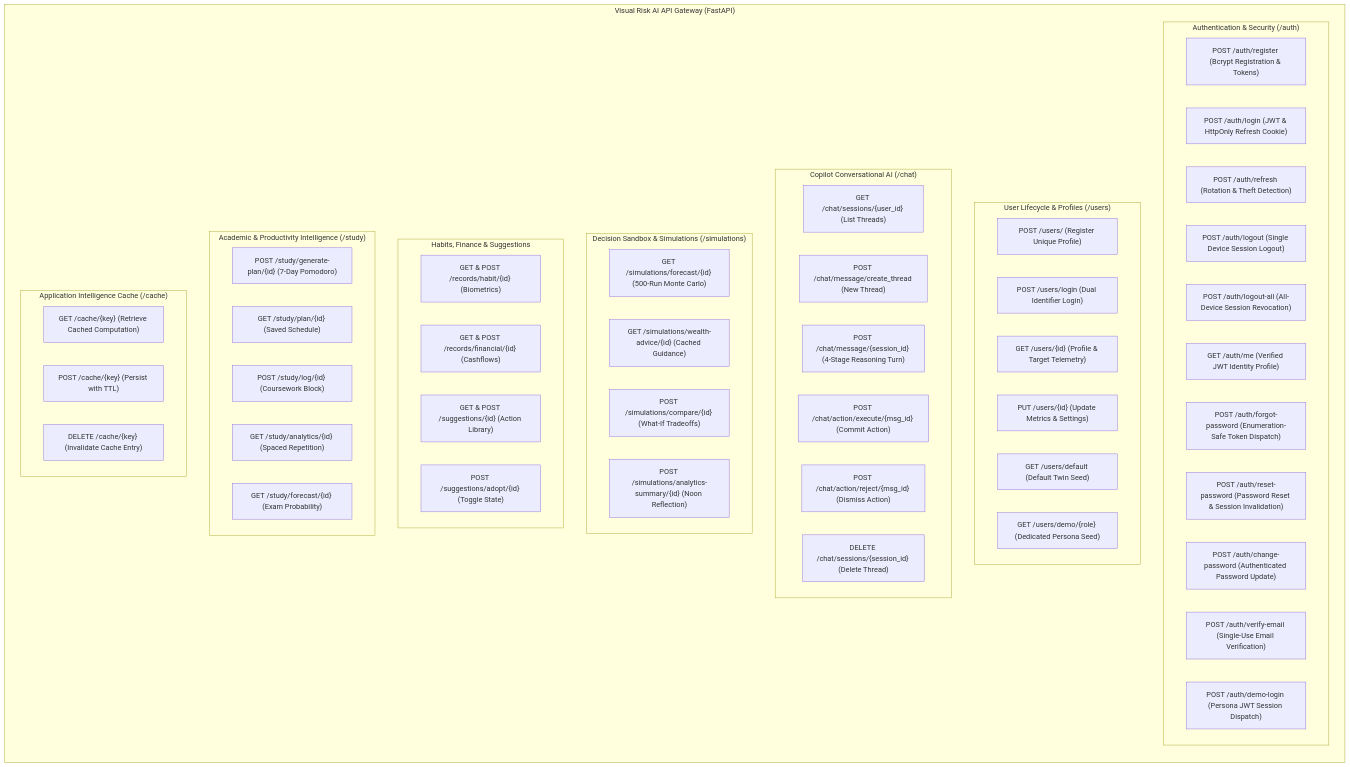
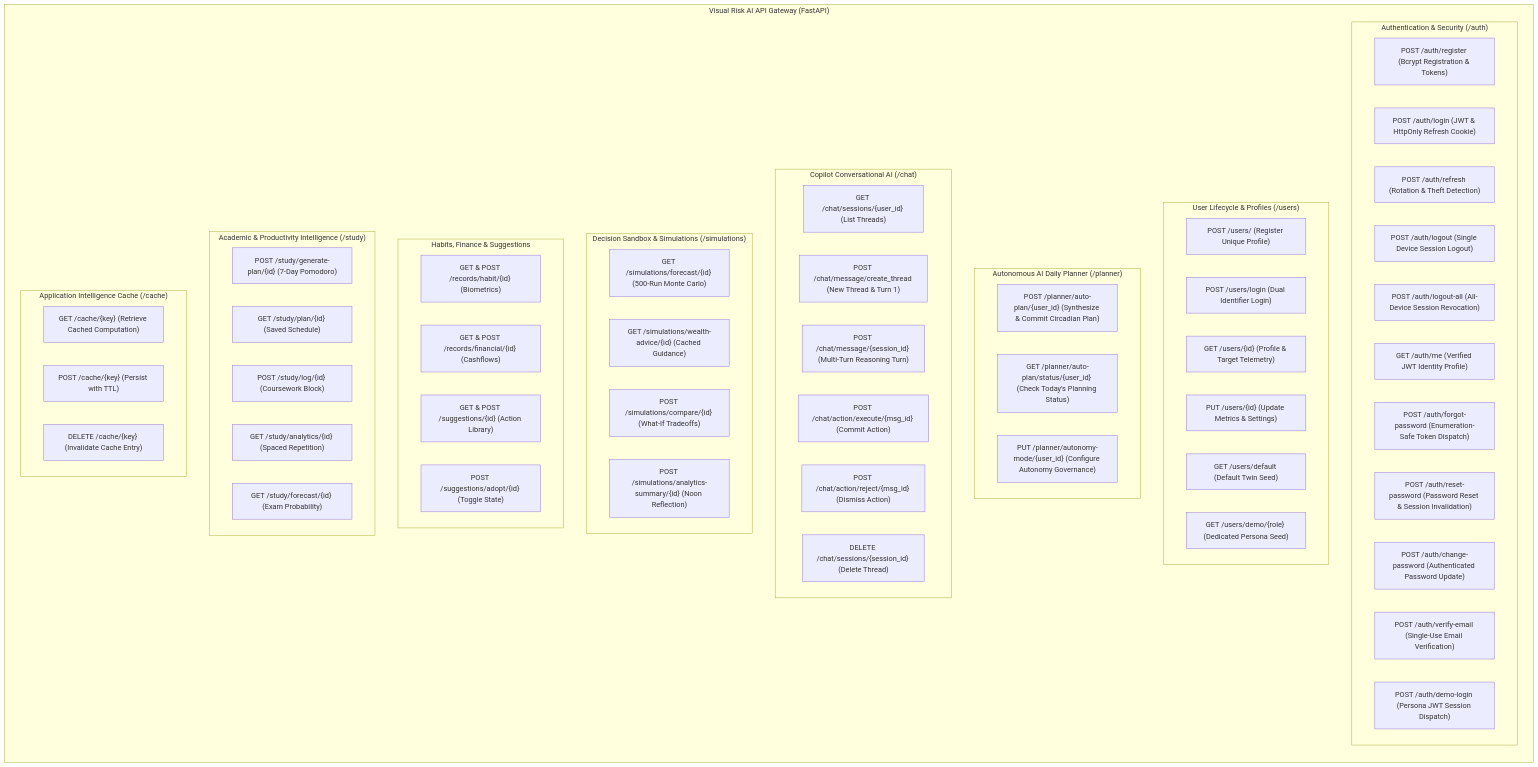
One commit to notysozu/AI-Based-Visual-Risk-and-Compliance-Intelligence-System changed the diagram in docs/api_reference.md. Above: the diagram before and after it, drawn with Mermaid. The commit also changed other lines of this file and 6 other files, not shown here.

Commit message:
docs: update system architecture, core capabilities, API reference, and workflows with autonomous planner, table parser, and mermaid diagrams

````diff
--- a/docs/api_reference.md
+++ b/docs/api_reference.md
@@ -9,66 +9,72 @@
 ```mermaid
 flowchart TB
   subgraph Gateway["Visual Risk AI API Gateway (FastAPI)"]
     direction TB
     
     subgraph AuthSecSvc["Authentication & Security (/auth)"]
       A1["POST /auth/register (Bcrypt Registration & Tokens)"]
       A2["POST /auth/login (JWT & HttpOnly Refresh Cookie)"]
       A3["POST /auth/refresh (Rotation & Theft Detection)"]
       A4["POST /auth/logout (Single Device Session Logout)"]
       A5["POST /auth/logout-all (All-Device Session Revocation)"]
       A6["GET /auth/me (Verified JWT Identity Profile)"]
       A7["POST /auth/forgot-password (Enumeration-Safe Token Dispatch)"]
       A8["POST /auth/reset-password (Password Reset & Session Invalidation)"]
       A9["POST /auth/change-password (Authenticated Password Update)"]
       A10["POST /auth/verify-email (Single-Use Email Verification)"]
       A11["POST /auth/demo-login (Persona JWT Session Dispatch)"]
     end
 
     subgraph UserSvc["User Lifecycle & Profiles (/users)"]
       U1["POST /users/ (Register Unique Profile)"]
       U2["POST /users/login (Dual Identifier Login)"]
       U3["GET /users/{id} (Profile & Target Telemetry)"]
       U4["PUT /users/{id} (Update Metrics & Settings)"]
       U5["GET /users/default (Default Twin Seed)"]
       U6["GET /users/demo/{role} (Dedicated Persona Seed)"]
     end
 
+    subgraph PlannerSvc["Autonomous AI Daily Planner (/planner)"]
+      PL1["POST /planner/auto-plan/{user_id} (Synthesize & Commit Circadian Plan)"]
+      PL2["GET /planner/auto-plan/status/{user_id} (Check Today's Planning Status)"]
+      PL3["PUT /planner/autonomy-mode/{user_id} (Configure Autonomy Governance)"]
+    end
+
     subgraph ChatSvc["Copilot Conversational AI (/chat)"]
       C1["GET /chat/sessions/{user_id} (List Threads)"]
-      C2["POST /chat/message/create_thread (New Thread)"]
-      C3["POST /chat/message/{session_id} (4-Stage Reasoning Turn)"]
+      C2["POST /chat/message/create_thread (New Thread & Turn 1)"]
+      C3["POST /chat/message/{session_id} (Multi-Turn Reasoning Turn)"]
       C4["POST /chat/action/execute/{msg_id} (Commit Action)"]
       C5["POST /chat/action/reject/{msg_id} (Dismiss Action)"]
       C6["DELETE /chat/sessions/{session_id} (Delete Thread)"]
     end
 
     subgraph SimSvc["Decision Sandbox & Simulations (/simulations)"]
       M1["GET /simulations/forecast/{id} (500-Run Monte Carlo)"]
       M2["GET /simulations/wealth-advice/{id} (Cached Guidance)"]
       M3["POST /simulations/compare/{id} (What-If Tradeoffs)"]
       M4["POST /simulations/analytics-summary/{id} (Noon Reflection)"]
     end
 
     subgraph HabitSvc["Habits, Finance & Suggestions"]
       H1["GET & POST /records/habit/{id} (Biometrics)"]
       H2["GET & POST /records/financial/{id} (Cashflows)"]
       H3["GET & POST /suggestions/{id} (Action Library)"]
       H4["POST /suggestions/adopt/{id} (Toggle State)"]
     end
 
     subgraph StudySvc["Academic & Productivity Intelligence (/study)"]
       S1["POST /study/generate-plan/{id} (7-Day Pomodoro)"]
       S2["GET /study/plan/{id} (Saved Schedule)"]
       S3["POST /study/log/{id} (Coursework Block)"]
       S4["GET /study/analytics/{id} (Spaced Repetition)"]
       S5["GET /study/forecast/{id} (Exam Probability)"]
     end
 
     subgraph CacheSvc["Application Intelligence Cache (/cache)"]
       K1["GET /cache/{key} (Retrieve Cached Computation)"]
       K2["POST /cache/{key} (Persist with TTL)"]
       K3["DELETE /cache/{key} (Invalidate Cache Entry)"]
     end
   end
 ```
````
